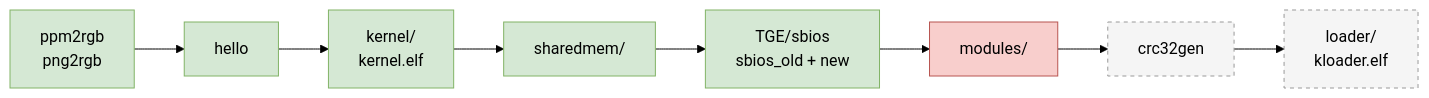
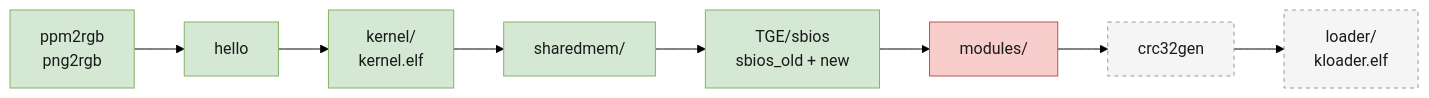
One commit to Arawn-Davies/kernelreloaded changed the diagram in docs/porting-notes.md. Above: the diagram before and after it, drawn with Mermaid (forest theme). The commit also changed 2 other files, not shown here.

Commit message:
Fix mermaid contrast in dark mode
GitHub renders mermaid in the viewer's theme, so the explicit light
pastel fills kept the dark theme's light text colour and became
unreadable. Pin text to a dark colour on every node that sets a fill;
the fills are light in both themes so this is correct either way.

Also drops a sentence duplicated by the table below it.

````diff
--- a/docs/porting-notes.md
+++ b/docs/porting-notes.md
@@ -10,11 +10,11 @@
 ```mermaid
 flowchart LR
     A["ppm2rgb<br/>png2rgb"] --> B["hello"] --> C["kernel/<br/>kernel.elf"] --> D["sharedmem/"] --> E["TGE/sbios<br/>sbios_old + new"] --> F["modules/"] --> G["crc32gen"] --> H["loader/<br/>kloader.elf"]
 
-    classDef done fill:#d5e8d4,stroke:#82b366
-    classDef stuck fill:#f8cecc,stroke:#b85450
-    classDef todo fill:#f5f5f5,stroke:#999,stroke-dasharray: 4 4
+    classDef done fill:#d5e8d4,stroke:#82b366,color:#1a1a1a
+    classDef stuck fill:#f8cecc,stroke:#b85450,color:#1a1a1a
+    classDef todo fill:#f5f5f5,stroke:#999,stroke-dasharray: 4 4,color:#1a1a1a
     class A,B,C,D,E done
     class F stuck
     class G,H todo
 ```
````
